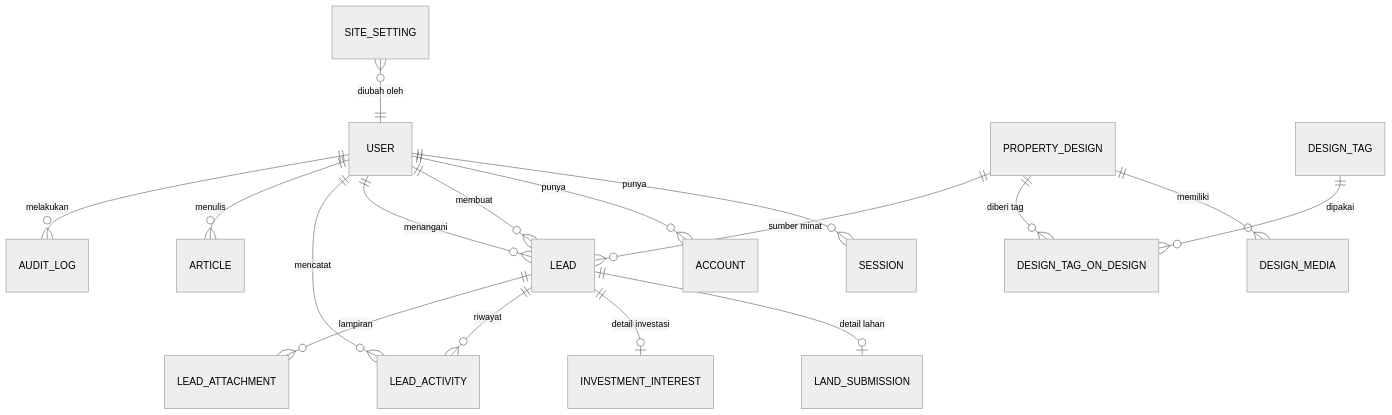
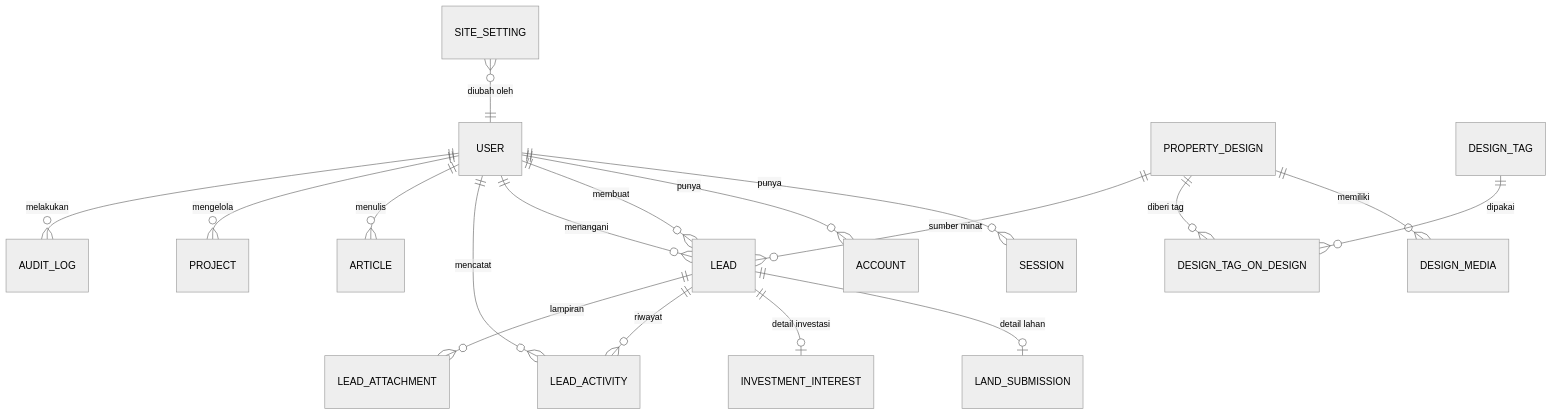
Before and after one commit to Makongsi-Capital/azetta: the diagram in docs/04-data-model.md, drawn with Mermaid (neutral theme). The commit also changed other lines of this file and 13 other files, not shown here.

````diff
--- a/docs/04-data-model.md
+++ b/docs/04-data-model.md
@@ -17,22 +17,23 @@
 ```mermaid
 erDiagram
     USER ||--o{ SESSION : "punya"
     USER ||--o{ ACCOUNT : "punya"
     USER ||--o{ LEAD : "membuat"
     USER ||--o{ LEAD : "menangani"
     USER ||--o{ LEAD_ACTIVITY : "mencatat"
     USER ||--o{ ARTICLE : "menulis"
+    USER ||--o{ PROJECT : "mengelola"
     USER ||--o{ AUDIT_LOG : "melakukan"
 
     PROPERTY_DESIGN ||--o{ DESIGN_MEDIA : "memiliki"
     PROPERTY_DESIGN ||--o{ DESIGN_TAG_ON_DESIGN : "diberi tag"
     DESIGN_TAG ||--o{ DESIGN_TAG_ON_DESIGN : "dipakai"
     PROPERTY_DESIGN ||--o{ LEAD : "sumber minat"
 
     LEAD ||--o| LAND_SUBMISSION : "detail lahan"
     LEAD ||--o| INVESTMENT_INTEREST : "detail investasi"
     LEAD ||--o{ LEAD_ACTIVITY : "riwayat"
     LEAD ||--o{ LEAD_ATTACHMENT : "lampiran"
 
     SITE_SETTING }o--|| USER : "diubah oleh"
 ```
````
